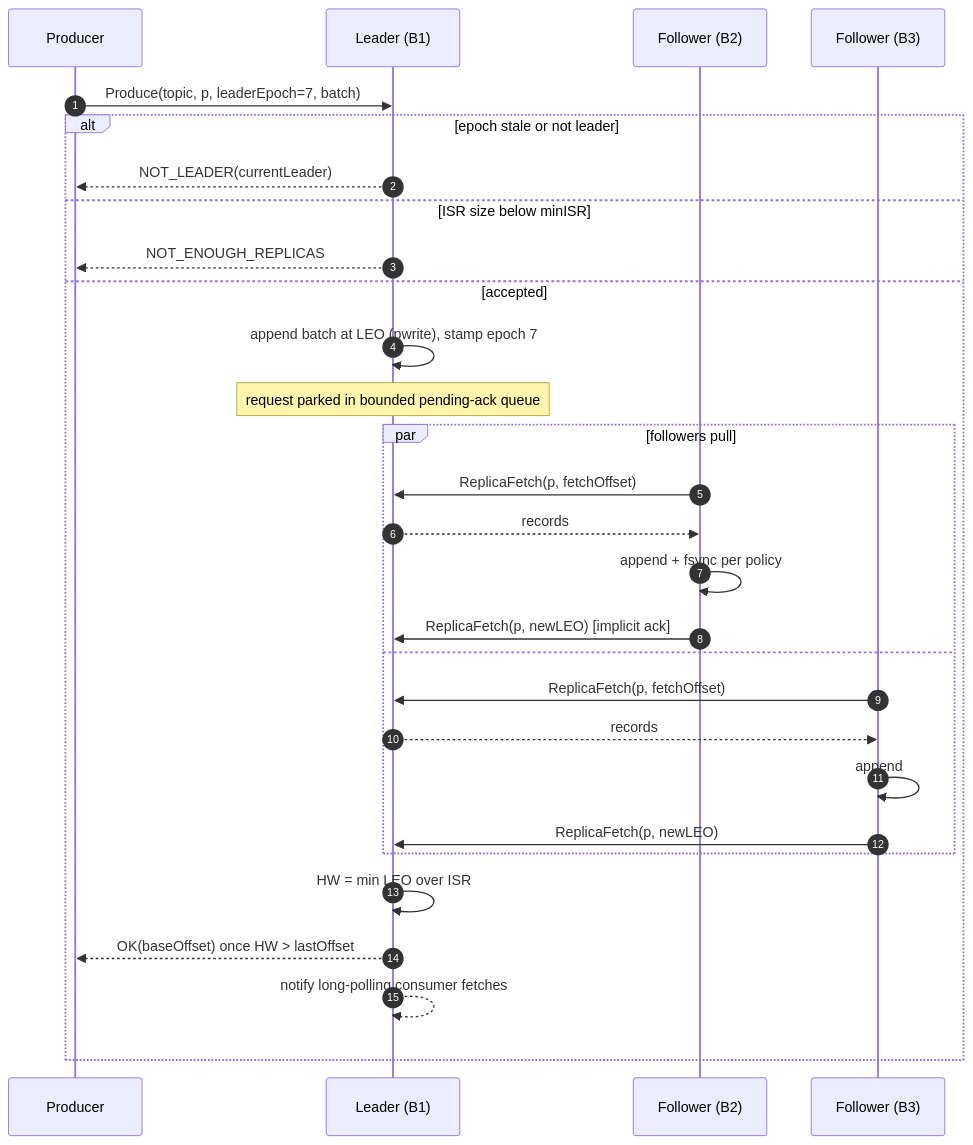
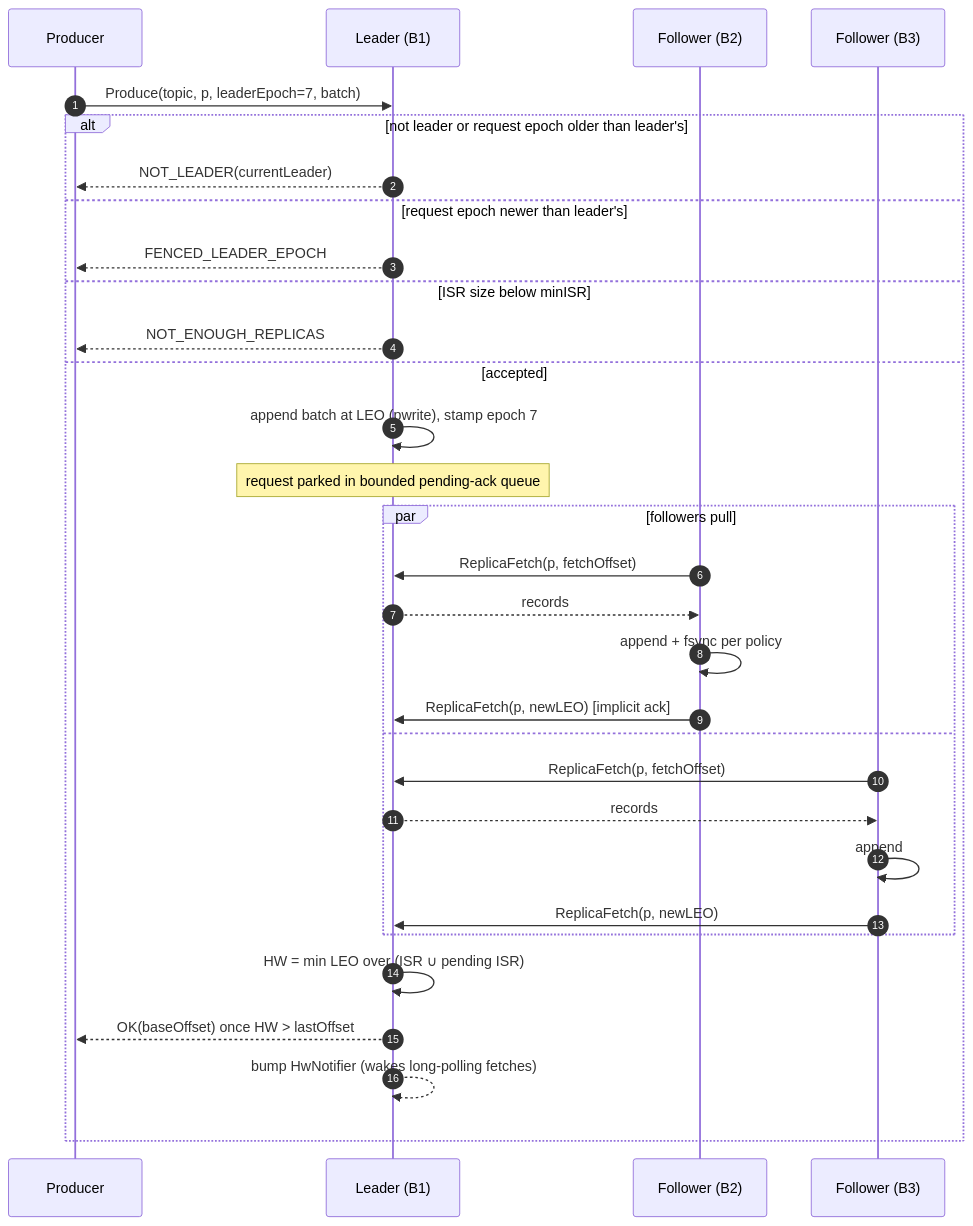
One commit to shubhamZXCV/kafka changed the tenth of 24 diagrams in docs/high-level-design.md. Above: the diagram before and after it, drawn with Mermaid. The commit also changed other lines of this file and 4 other files, not shown here.

````diff
--- a/docs/high-level-design.md
+++ b/docs/high-level-design.md
@@ -578,32 +591,34 @@
 ```mermaid
 sequenceDiagram
     autonumber
     participant P as Producer
     participant L as Leader (B1)
     participant F2 as Follower (B2)
     participant F3 as Follower (B3)
 
     P->>L: Produce(topic, p, leaderEpoch=7, batch)
-    alt epoch stale or not leader
+    alt not leader or request epoch older than leader's
         L-->>P: NOT_LEADER(currentLeader)
+    else request epoch newer than leader's
+        L-->>P: FENCED_LEADER_EPOCH
     else ISR size below minISR
         L-->>P: NOT_ENOUGH_REPLICAS
     else accepted
         L->>L: append batch at LEO (pwrite), stamp epoch 7
         Note over L: request parked in bounded pending-ack queue
         par followers pull
             F2->>L: ReplicaFetch(p, fetchOffset)
             L-->>F2: records
             F2->>F2: append + fsync per policy
             F2->>L: ReplicaFetch(p, newLEO)  [implicit ack]
         and
             F3->>L: ReplicaFetch(p, fetchOffset)
             L-->>F3: records
             F3->>F3: append
             F3->>L: ReplicaFetch(p, newLEO)
         end
-        L->>L: HW = min LEO over ISR
+        L->>L: HW = min LEO over (ISR ∪ pending ISR)
         L-->>P: OK(baseOffset)  once HW > lastOffset
-        L-->>L: notify long-polling consumer fetches
+        L-->>L: bump HwNotifier (wakes long-polling fetches)
     end
 ```
````
